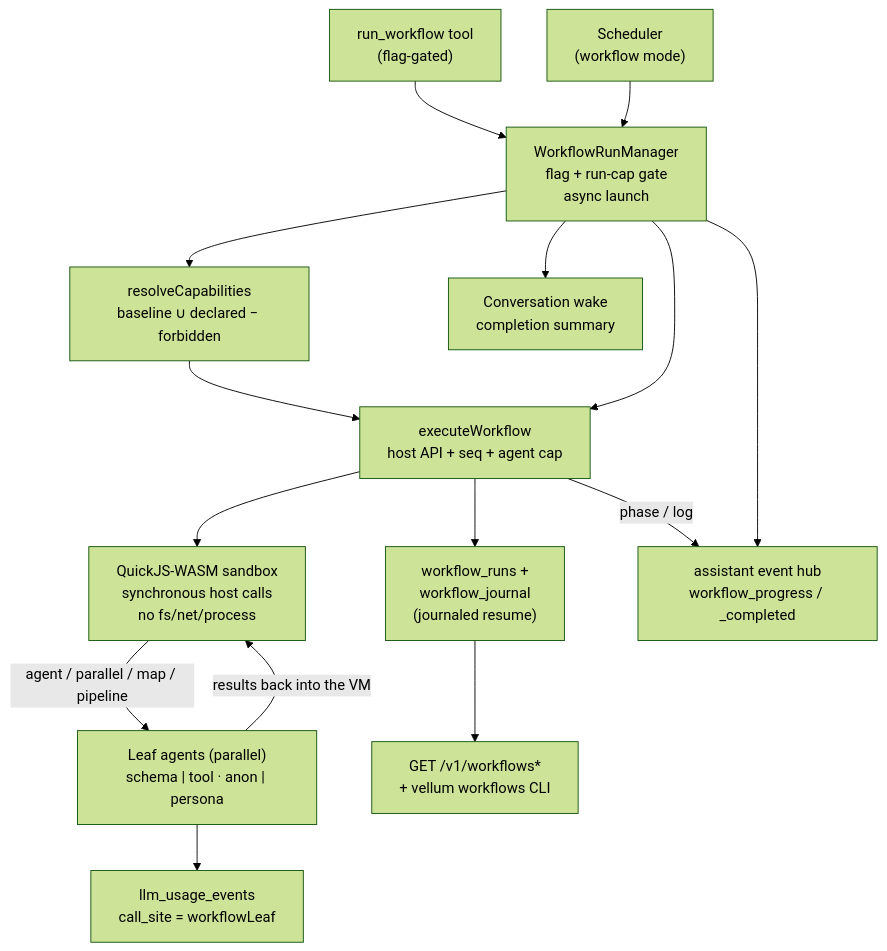
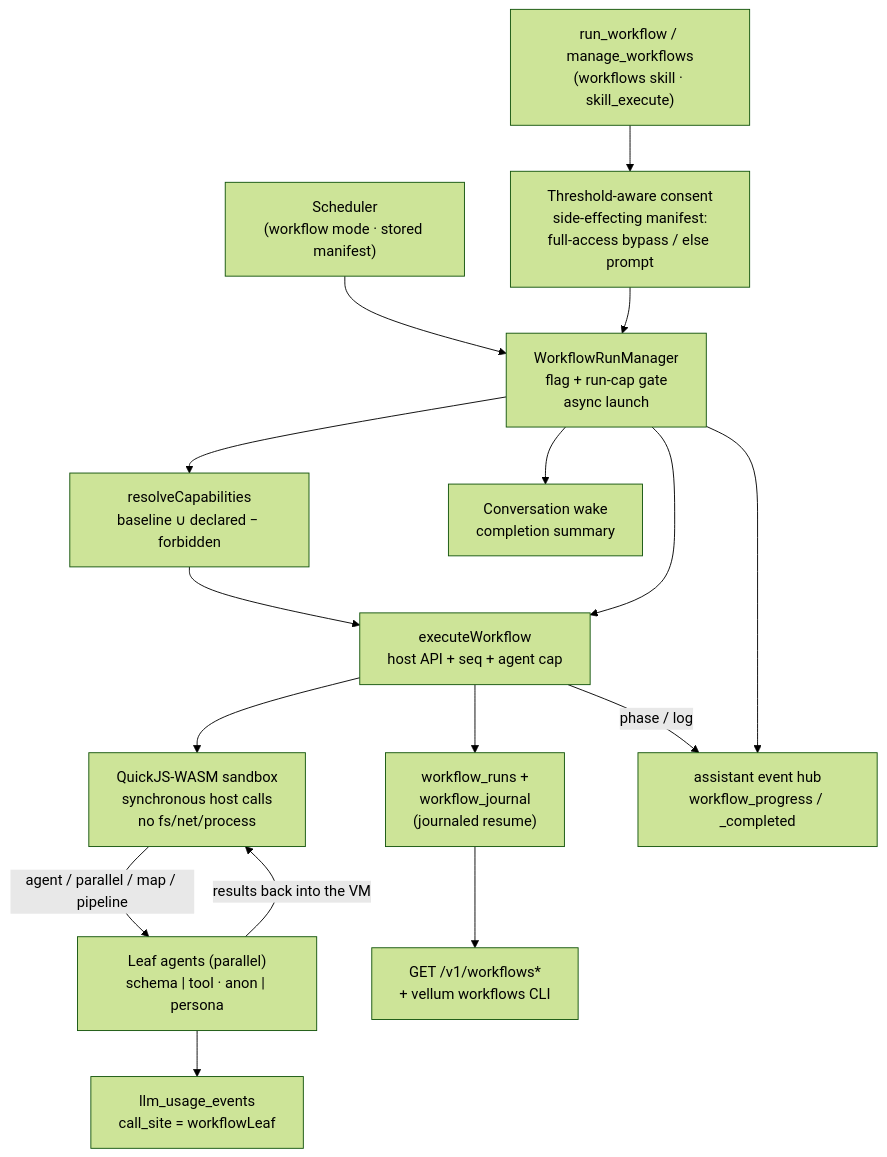
One commit to vellum-ai/vellum-assistant changed the second of 2 diagrams in ARCHITECTURE.md. Above: the diagram before and after it, drawn with Mermaid (forest theme). The commit also changed other lines of this file and 1 other file, not shown here.

Commit message:
docs(workflows): skill invocation, threshold-aware approval, scheduled capabilities

````diff
--- a/ARCHITECTURE.md
+++ b/ARCHITECTURE.md
@@ -672,30 +674,32 @@
 ```mermaid
 graph TB
-    TOOL["run_workflow tool<br/>(flag-gated)"]
-    SCHED["Scheduler<br/>(workflow mode)"]
+    TOOL["run_workflow / manage_workflows<br/>(workflows skill · skill_execute)"]
+    SCHED["Scheduler<br/>(workflow mode · stored manifest)"]
+    GATE["Threshold-aware consent<br/>side-effecting manifest:<br/>full-access bypass / else prompt"]
     RM["WorkflowRunManager<br/>flag + run-cap gate<br/>async launch"]
     CAPS["resolveCapabilities<br/>baseline ∪ declared − forbidden"]
     ENGINE["executeWorkflow<br/>host API + seq + agent cap"]
     SANDBOX["QuickJS-WASM sandbox<br/>synchronous host calls<br/>no fs/net/process"]
     LEAVES["Leaf agents (parallel)<br/>schema | tool · anon | persona"]
     JOURNAL["workflow_runs +<br/>workflow_journal<br/>(journaled resume)"]
     USAGE["llm_usage_events<br/>call_site = workflowLeaf"]
     HUB["assistant event hub<br/>workflow_progress / _completed"]
     WAKE["Conversation wake<br/>completion summary"]
     ROUTES["GET /v1/workflows*<br/>+ vellum workflows CLI"]
 
-    TOOL --> RM
+    TOOL --> GATE
     SCHED --> RM
+    GATE --> RM
     RM --> CAPS
     CAPS --> ENGINE
     RM --> ENGINE
     ENGINE --> SANDBOX
     SANDBOX -->|"agent / parallel / map / pipeline"| LEAVES
     LEAVES -->|"results back into the VM"| SANDBOX
     ENGINE --> JOURNAL
     LEAVES --> USAGE
     ENGINE -->|"phase / log"| HUB
     RM --> HUB
     RM --> WAKE
     JOURNAL --> ROUTES
 ```
````
